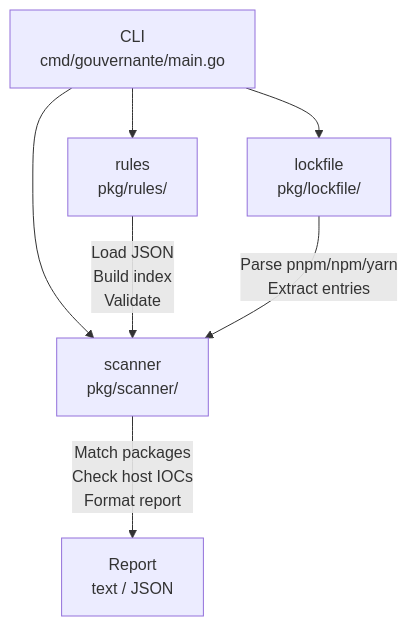
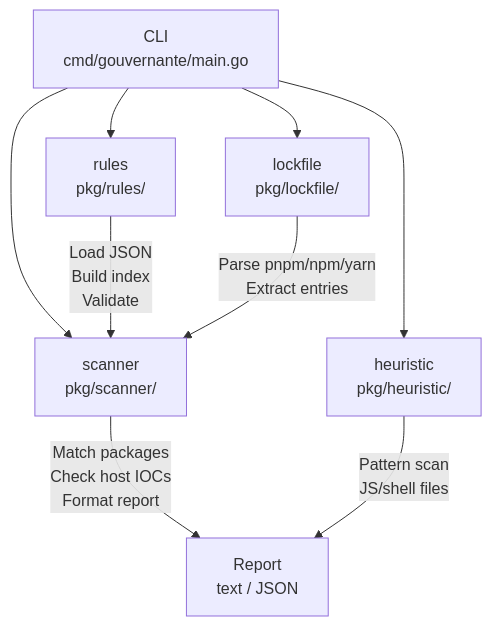
Before and after one commit to DenktMit-eG/gouvernante: the second of 3 diagrams in docs/architecture/overview.md, drawn with Mermaid. The commit also changed other lines of this file and 22 other files, not shown here.

First line of the commit message:
Add heuristic malware detection with pattern-based scanning, tests, and documentation

````diff
--- a/docs/architecture/overview.md
+++ b/docs/architecture/overview.md
@@ -85,12 +85,14 @@
 ```mermaid
 flowchart TB
     CLI["CLI<br/>cmd/gouvernante/main.go"]
 
     CLI --> Rules["rules<br/>pkg/rules/"]
     CLI --> Lockfile["lockfile<br/>pkg/lockfile/"]
     CLI --> Scanner["scanner<br/>pkg/scanner/"]
+    CLI --> Heuristic["heuristic<br/>pkg/heuristic/"]
 
     Rules --> |"Load JSON<br/>Build index<br/>Validate"| Scanner
     Lockfile --> |"Parse pnpm/npm/yarn<br/>Extract entries"| Scanner
     Scanner --> |"Match packages<br/>Check host IOCs<br/>Format report"| Output["Report<br/>text / JSON"]
+    Heuristic --> |"Pattern scan<br/>JS/shell files"| Output
 ```
````
